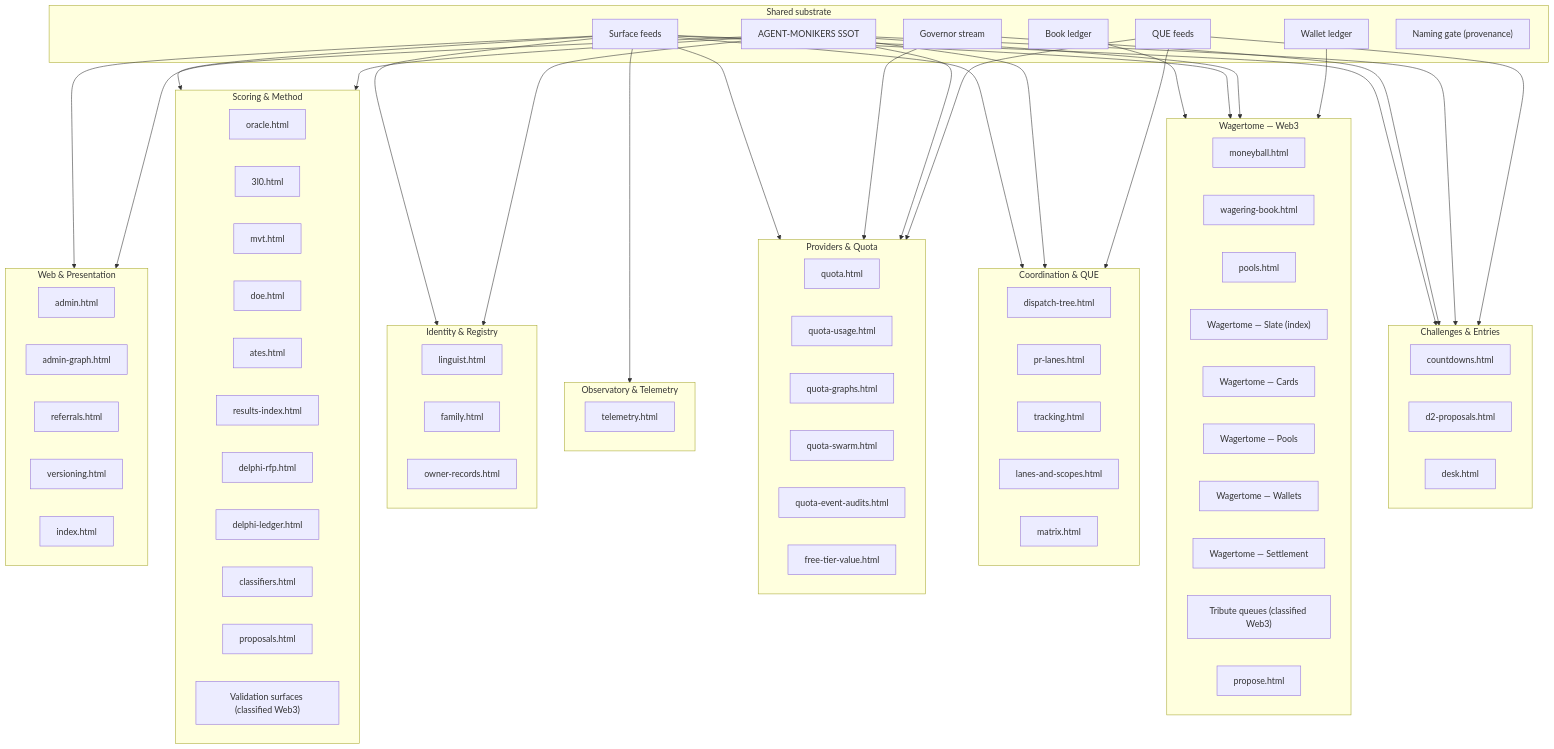
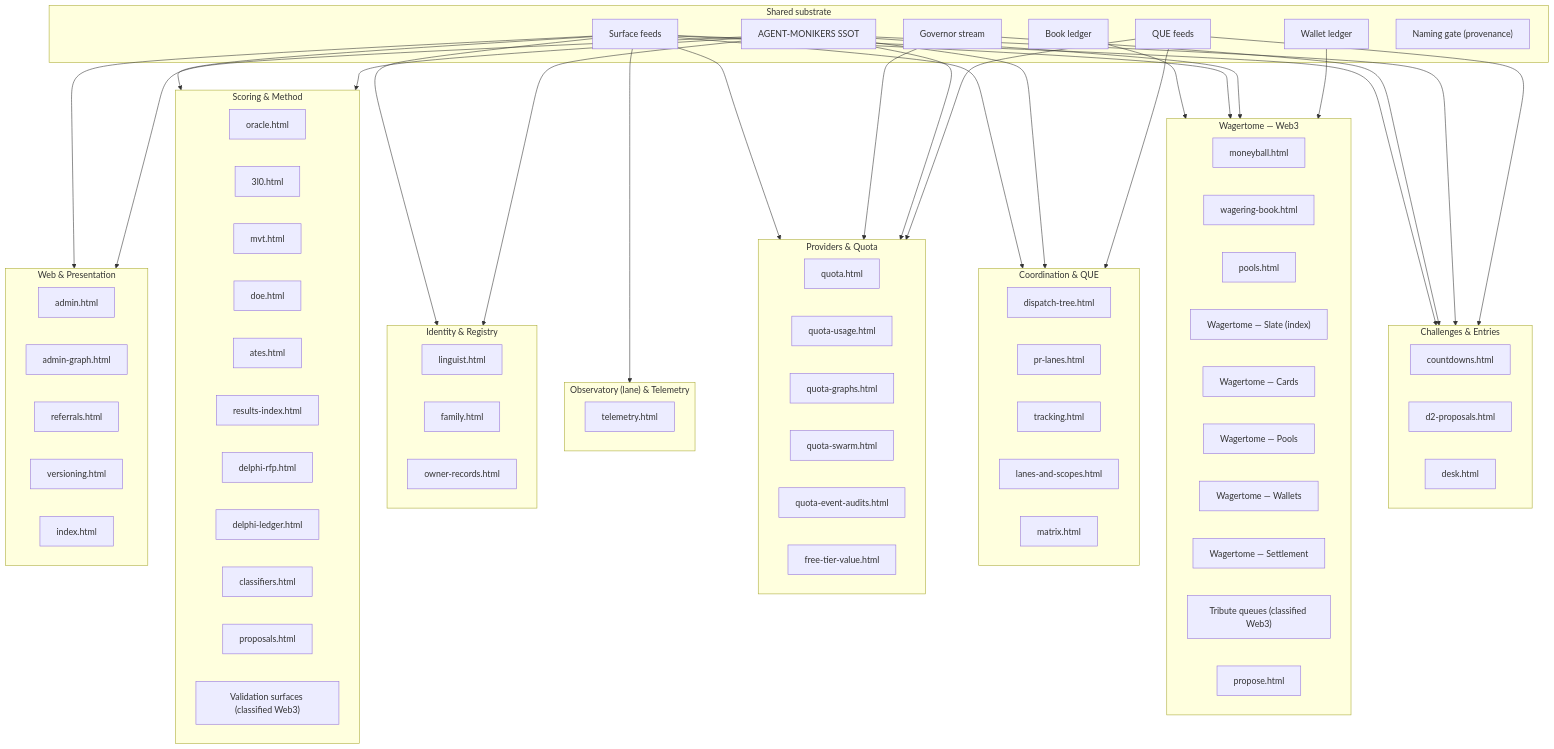
Before and after one commit to timerloggedout-spec/termux-monorepo: the diagram in docs/ops/SURFACES-MAP.md, drawn with Mermaid. The commit also changed other lines of this file and 1 other file, not shown here.

Commit message:
viz(map): amendment (PR #4893 F.1) - scout module family into scout-bearing rows code layers; Observatory/ForeSight = lane of record

```diff
--- a/docs/ops/SURFACES-MAP.md
+++ b/docs/ops/SURFACES-MAP.md
@@ -60,7 +60,7 @@
     moneyball_8["Tribute queues (classified Web3)"]
     moneyball_9["propose.html"]
   end
-  subgraph PL_observatory["Observatory & Telemetry"]
+  subgraph PL_observatory["Observatory (lane) & Telemetry"]
     observatory_0["telemetry.html"]
   end
   subgraph PL_coordination["Coordination & QUE"]
```
